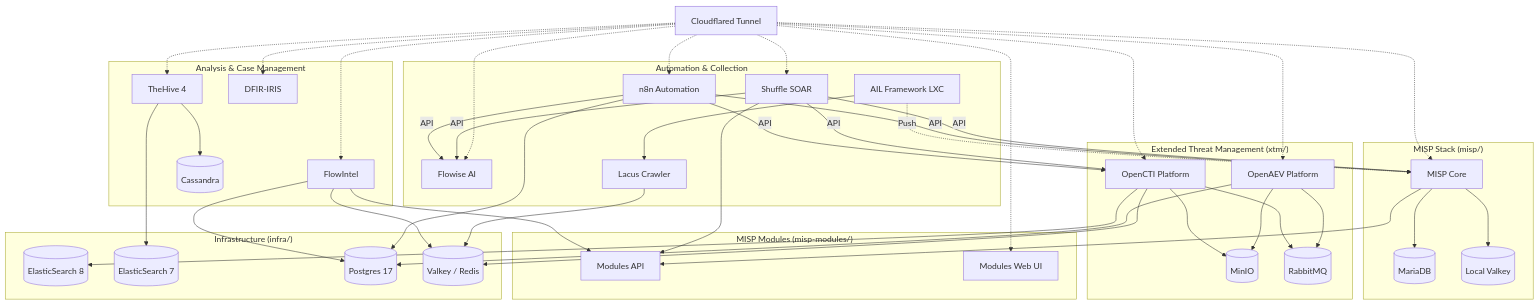
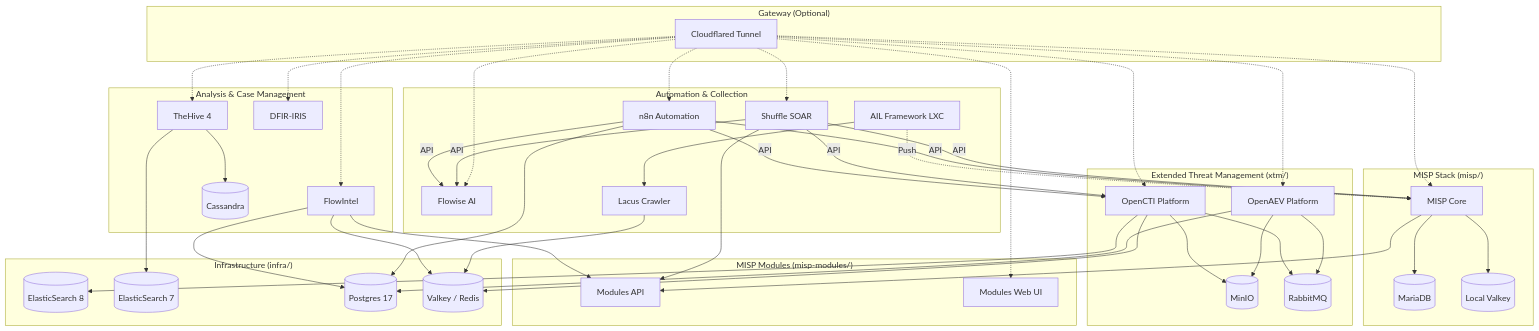
The diagram in README.md (JazenaYLA/threatlabs-cti-stack), drawn with Mermaid before and after one commit. The commit also changed 1 other file, not shown here.

Commit message:
docs: restore Mermaid subgraph formatting

````diff
--- a/README.md
+++ b/README.md
@@ -9,66 +9,68 @@
 ```mermaid
     graph TD
 
+    subgraph "Gateway (Optional)"
         Proxy[Cloudflared Tunnel]
+    end
 
     subgraph "Infrastructure (infra/)"
         ES8[(ElasticSearch 8)]
         ES7[(ElasticSearch 7)]
         Postgres[(Postgres 17)]
         Valkey[(Valkey / Redis)]
     end
 
     subgraph "MISP Stack (misp/)"
         MISP[MISP Core]
         MISPDB[(MariaDB)]
         MISPCache[(Local Valkey)]
     end
 
     subgraph "MISP Modules (misp-modules/)"
         Modules[Modules API]
         ModulesWeb[Modules Web UI]
     end
 
     subgraph "Extended Threat Management (xtm/)"
         OpenCTI[OpenCTI Platform]
         OpenAEV[OpenAEV Platform]
         XTMMinIO[(MinIO)]
         XTMRabbit[(RabbitMQ)]
     end
 
     subgraph "Analysis & Case Management"
         FlowIntel[FlowIntel]
         TheHive[TheHive 4]
         Cassandra[(Cassandra)]
         IRIS[DFIR-IRIS]
     end
 
     subgraph "Automation & Collection"
         n8n[n8n Automation]
         Flowise[Flowise AI]
         Shuffle[Shuffle SOAR]
         Lacus[Lacus Crawler]
         AIL[AIL Framework LXC]
     end
 
     %% Infrastructure Dependencies
     OpenCTI --> ES8
     TheHive --> ES7
     
     OpenAEV & FlowIntel & n8n --> Postgres
     OpenCTI & FlowIntel & Lacus --> Valkey
 
     %% Local Stack Dependencies
     MISP --> MISPDB & MISPCache
     TheHive --> Cassandra
     OpenCTI & OpenAEV --> XTMMinIO & XTMRabbit
 
     %% Integrations
     MISP & FlowIntel & Shuffle --> Modules
     AIL --> Lacus
     AIL -.->|Push| MISP
     n8n & Shuffle -->|API| MISP & OpenCTI & Flowise
     
     %% Gateway Routing
     Proxy -.-> MISP & ModulesWeb & OpenCTI & OpenAEV & FlowIntel & n8n & Flowise & TheHive & IRIS & Shuffle
 ```
````
